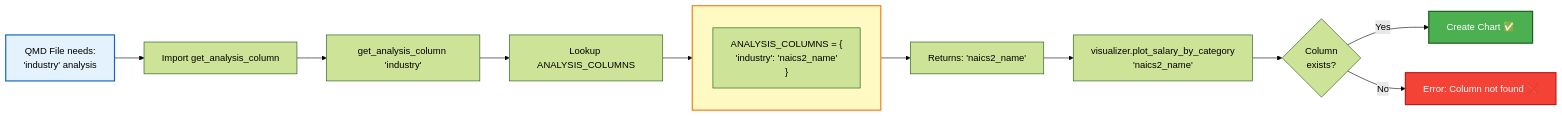
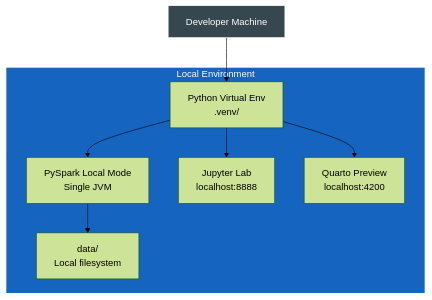
Before and after one commit to samarthya/ad688-scratch: the tenth of 11 diagrams in ARCHITECTURE.md, drawn with Mermaid (forest theme). The commit also changed other lines of this file and 5 other files, not shown here.

````diff
--- a/ARCHITECTURE.md
+++ b/ARCHITECTURE.md
@@ -458,26 +548,21 @@
 ```mermaid
-flowchart LR
-    QMD[QMD File needs:<br/>'industry' analysis]
+graph TB
+    DEV[Developer Machine]
 
-    QMD --> IMPORT[Import get_analysis_column]
-    IMPORT --> CALL[get_analysis_column 'industry']
-    CALL --> LOOKUP[Lookup ANALYSIS_COLUMNS]
-
-    subgraph MAPPING[" "]
-        M1["ANALYSIS_COLUMNS = {<br/>'industry': 'naics2_name'<br/>}"]
+    subgraph LOCAL["Local Environment"]
+        VENV[Python Virtual Env<br/>.venv/]
+        SPARK_LOCAL[PySpark Local Mode<br/>Single JVM]
+        DATA_LOCAL[data/<br/>Local filesystem]
+        JUPYTER_LOCAL[Jupyter Lab<br/>localhost:8888]
+        QUARTO_LOCAL[Quarto Preview<br/>localhost:4200]
     end
 
-    LOOKUP --> MAPPING
-    MAPPING --> RETURN[Returns: 'naics2_name']
+    DEV --> VENV
+    VENV --> SPARK_LOCAL
+    SPARK_LOCAL --> DATA_LOCAL
+    VENV --> JUPYTER_LOCAL
+    VENV --> QUARTO_LOCAL
 
-    RETURN --> USE[visualizer.plot_salary_by_category<br/>'naics2_name']
-
-    USE --> CHECK{Column<br/>exists?}
-    CHECK -->|Yes| PLOT[Create Chart ✅]
-    CHECK -->|No| ERROR[Error: Column not found ❌]
-
-    style QMD fill:#e3f2fd,stroke:#1565c0,stroke-width:2px
-    style MAPPING fill:#fff9c4,stroke:#f57f17,stroke-width:2px
-    style PLOT fill:#4caf50,stroke:#1b5e20,stroke-width:2px,color:#fff
-    style ERROR fill:#f44336,stroke:#b71c1c,stroke-width:2px,color:#fff
+    style DEV fill:#37474f,stroke:#fff,color:#fff
+    style LOCAL fill:#1565c0,stroke:#fff,color:#fff,stroke-width:2px
 ```
````
